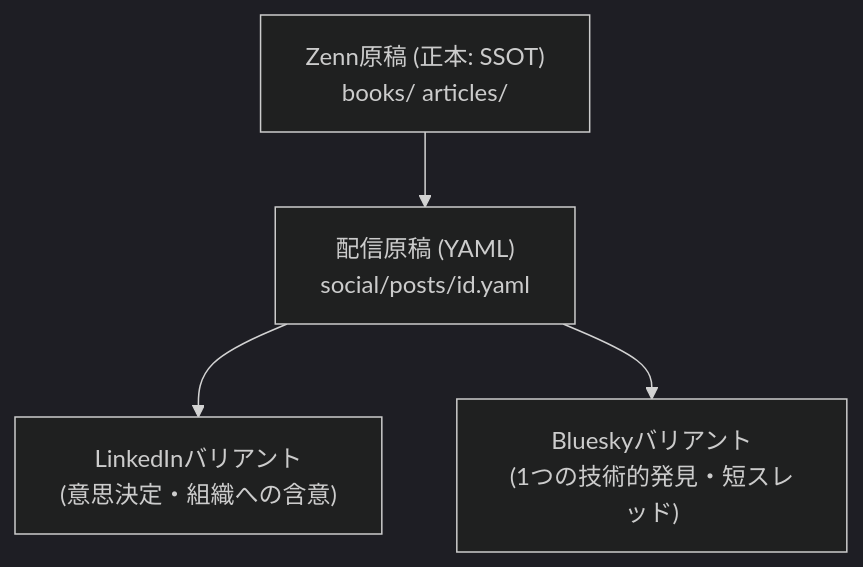
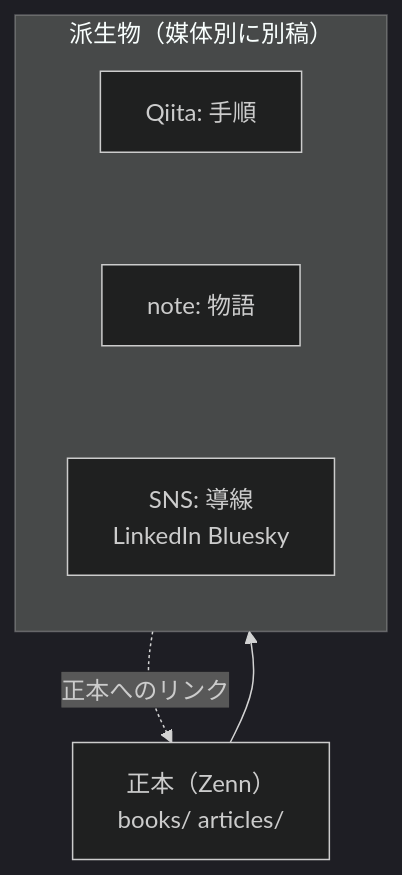
The first of 2 diagrams in articles/multi-platform-publishing-architecture.md (Takenori-Kusaka/publishing-hub), drawn with Mermaid (dark theme) before and after one commit. The commit also changed other lines of this file and 3 other files, not shown here.

````diff
--- a/articles/multi-platform-publishing-architecture.md
+++ b/articles/multi-platform-publishing-architecture.md
@@ -31,6 +65,10 @@
 ```mermaid
 flowchart TD
-  SSOT["Zenn原稿 (正本: SSOT)<br/>books/ articles/"] --> SocialYAML["配信原稿 (YAML)<br/>social/posts/id.yaml"]
-  SocialYAML --> LinkedIn["LinkedInバリアント<br/>(意思決定・組織への含意)"]
-  SocialYAML --> Bluesky["Blueskyバリアント<br/>(1つの技術的発見・短スレッド)"]
+    Z["正本（Zenn）<br/>books/ articles/"] --> D
+    subgraph D["派生物（媒体別に別稿）"]
+        direction TB
+        Q["Qiita: 手順"] ~~~ N["note: 物語"]
+        N ~~~ S["SNS: 導線<br/>LinkedIn Bluesky"]
+    end
+    D -.->|正本へのリンク| Z
 ```
````
